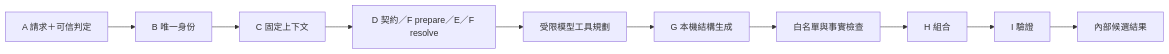
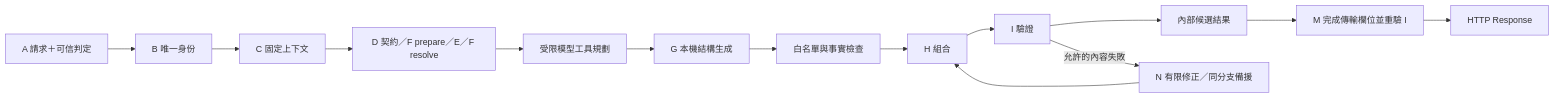
One commit to IAN40070510/Mirage_API changed the diagram in docs/orchestration.md. Above: the diagram before and after it, drawn with Mermaid. The commit also changed other lines of this file and 24 other files, not shown here.

````diff
--- a/docs/orchestration.md
+++ b/docs/orchestration.md
@@ -21,12 +22,16 @@
 ```mermaid
 flowchart LR
     R["A 請求＋可信判定"] --> B["B 唯一身份"]
     B --> C["C 固定上下文"]
     C --> D["D 契約／F prepare／E／F resolve"]
     D --> L["受限模型工具規劃"]
     L --> G["G 本機結構生成"]
     G --> V["白名單與事實檢查"]
     V --> H["H 組合"]
     H --> I["I 驗證"]
     I --> K["內部候選結果"]
+    I -->|允許的內容失敗| N["N 有限修正／同分支備援"]
+    N --> H
+    K --> M["M 完成傳輸欄位並重驗 I"]
+    M --> O["HTTP Response"]
 ```
````
